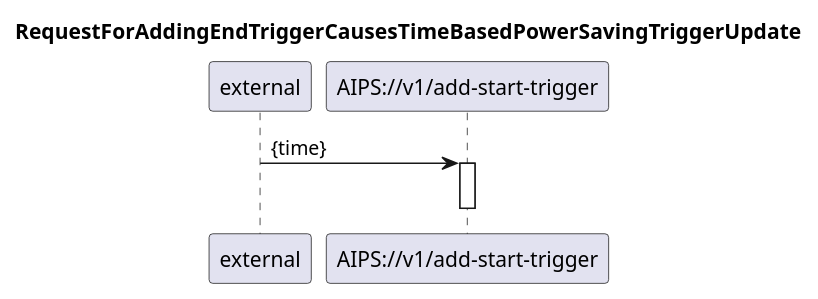
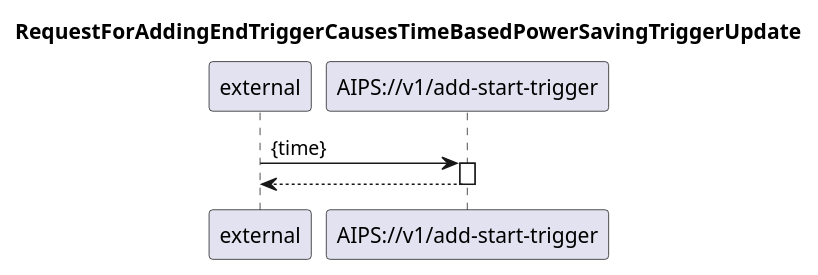
The diagram in diagrams/02 Link group related automation/201_addEndTrigger.plantuml (kmohr-soprasteria/AIPS_wip), drawn with PlantUML before and after one commit. The commit also changed 15 other files, not shown here.

Commit message:
diagrams done

```diff
--- a/diagrams/02 Link group related automation/201_addEndTrigger.plantuml
+++ b/diagrams/02 Link group related automation/201_addEndTrigger.plantuml
@@ -1,16 +1,17 @@
 @startuml 201_addEndTrigger
 skinparam responseMessageBelowArrow true
 
 title
 RequestForAddingEndTriggerCausesTimeBasedPowerSavingTriggerUpdate
 end title
 
 participant "external" as requestor
 participant "AIPS://v1/add-start-trigger" as addTrigger 
 
 requestor -> addTrigger: {time}
 activate addTrigger
+addTrigger --> requestor
 
 deactivate addTrigger
 
 @enduml
```
